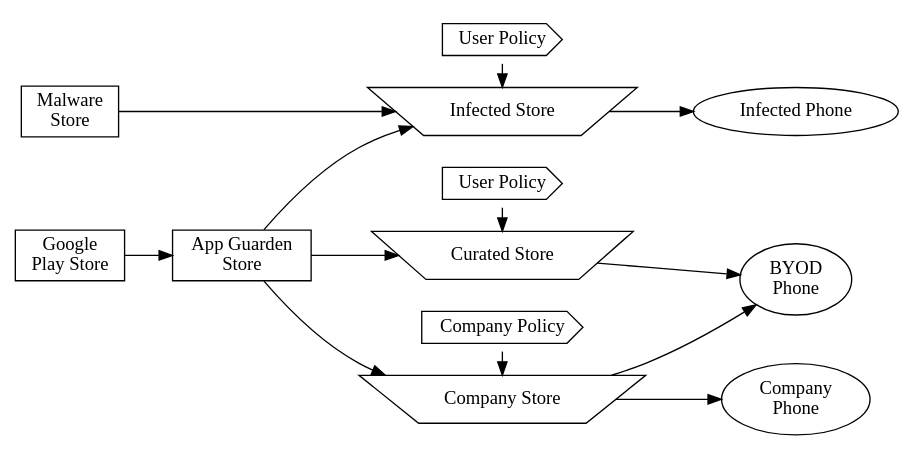
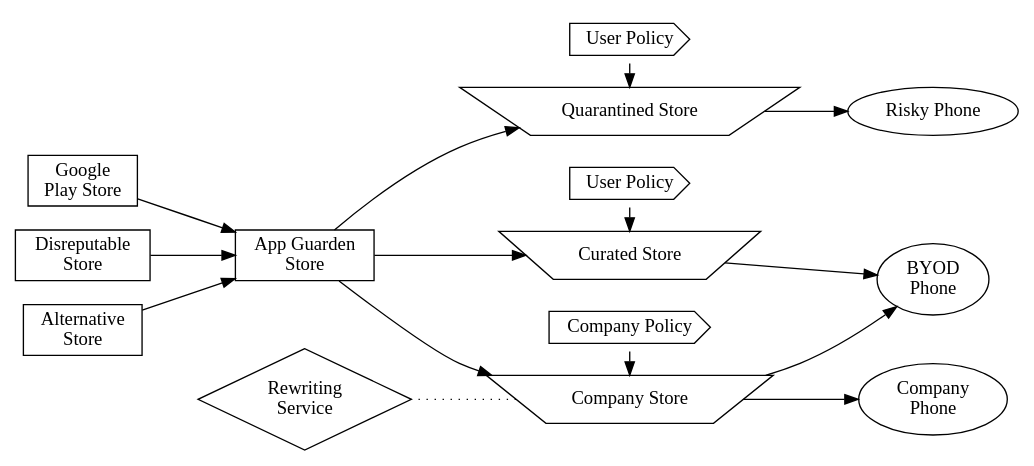
The diagram in img/appguardenstore.dot (bogwonch/first-year-report), drawn with Graphviz before and after one commit. The commit also changed 6 other files, not shown here.

```diff
--- a/img/appguardenstore.dot
+++ b/img/appguardenstore.dot
@@ -1,32 +1,37 @@
 digraph appguardenstore {
   overlap = false;
   splines = true;
   rankdir = LR;
 
-  PlayStore [label="Google\nPlay Store" shape=box          fontname="LMSans10-Regular"];
-  MalwStore [label="Malware\nStore"     shape=box          fontname="LMSans10-Regular"];
-  AGStore   [label="App Guarden\nStore" shape=box          fontname="LMSans10-Regular"];
-  PStore1   [label="Infected Store"     shape=invtrapezium fontname="LMSans10-Regular"];
-  PStore2   [label="Company Store"      shape=invtrapezium fontname="LMSans10-Regular"];
-  PStore3   [label="Curated Store"      shape=invtrapezium fontname="LMSans10-Regular"];
-  pol1      [label="User Policy"        shape=cds          fontname="LMSans10-Regular"];
-  pol2      [label="Company Policy"     shape=cds          fontname="LMSans10-Regular"];
-  pol3      [label="User Policy"        shape=cds          fontname="LMSans10-Regular"];
-  phone1    [label="Infected Phone"     shape=oval         fontname="LMSans10-Regular"];
-  phone2    [label="Company\nPhone"     shape=oval         fontname="LMSans10-Regular"];
-  phone3    [label="BYOD\nPhone"        shape=oval         fontname="LMSans10-Regular"];
+  PlayStore [label="Google\nPlay Store"  shape=box          fontname="LMSans10-Regular"];
+  MalwStore [label="Disreputable\nStore" shape=box          fontname="LMSans10-Regular"];
+  AltStore  [label="Alternative\nStore"  shape=box          fontname="LMSans10-Regular"];
+  AGStore   [label="App Guarden\nStore"  shape=box          fontname="LMSans10-Regular"];
+  PStore1   [label="Quarantined Store"   shape=invtrapezium fontname="LMSans10-Regular"];
+  PStore2   [label="Company Store"       shape=invtrapezium fontname="LMSans10-Regular"];
+  PStore3   [label="Curated Store"       shape=invtrapezium fontname="LMSans10-Regular"];
+  pol1      [label="User Policy"         shape=cds          fontname="LMSans10-Regular"];
+  pol2      [label="Company Policy"      shape=cds          fontname="LMSans10-Regular"];
+  pol3      [label="User Policy"         shape=cds          fontname="LMSans10-Regular"];
+  phone1    [label="Risky Phone"         shape=oval         fontname="LMSans10-Regular"];
+  phone2    [label="Company\nPhone"      shape=oval         fontname="LMSans10-Regular"];
+  phone3    [label="BYOD\nPhone"         shape=oval         fontname="LMSans10-Regular"];
+  service   [label="Rewriting\nService"  shape=diamond      fontname="LMSans10-Regular"];
   
   PlayStore -> AGStore;
-  MalwStore -> PStore1;
+  MalwStore -> AGStore;
+  AltStore  -> AGStore;
   AGStore   -> PStore1;
   AGStore   -> PStore2;
   AGStore   -> PStore3;
   pol1      -> PStore1 -> phone1;
   pol2      -> PStore2 -> phone2;
   pol3      -> PStore3 -> phone3;
   PStore2   -> phone3;
+  PStore2   -> service [dir=none style=dotted];
 
   {rank=same; pol1 PStore1} {rank=same pol2 PStore2} {rank=same pol3 PStore3}
   {rank=same; PlayStore MalwStore}
+  {rank=same; AGStore service}
 
 }
```
